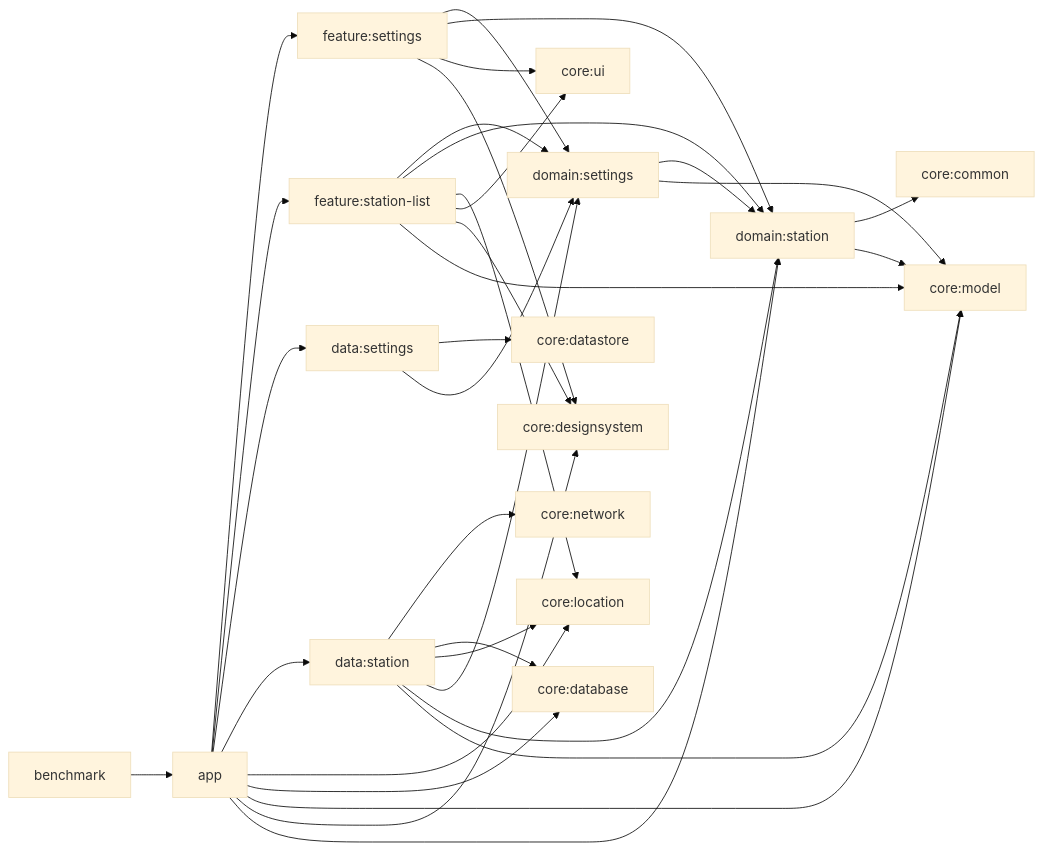
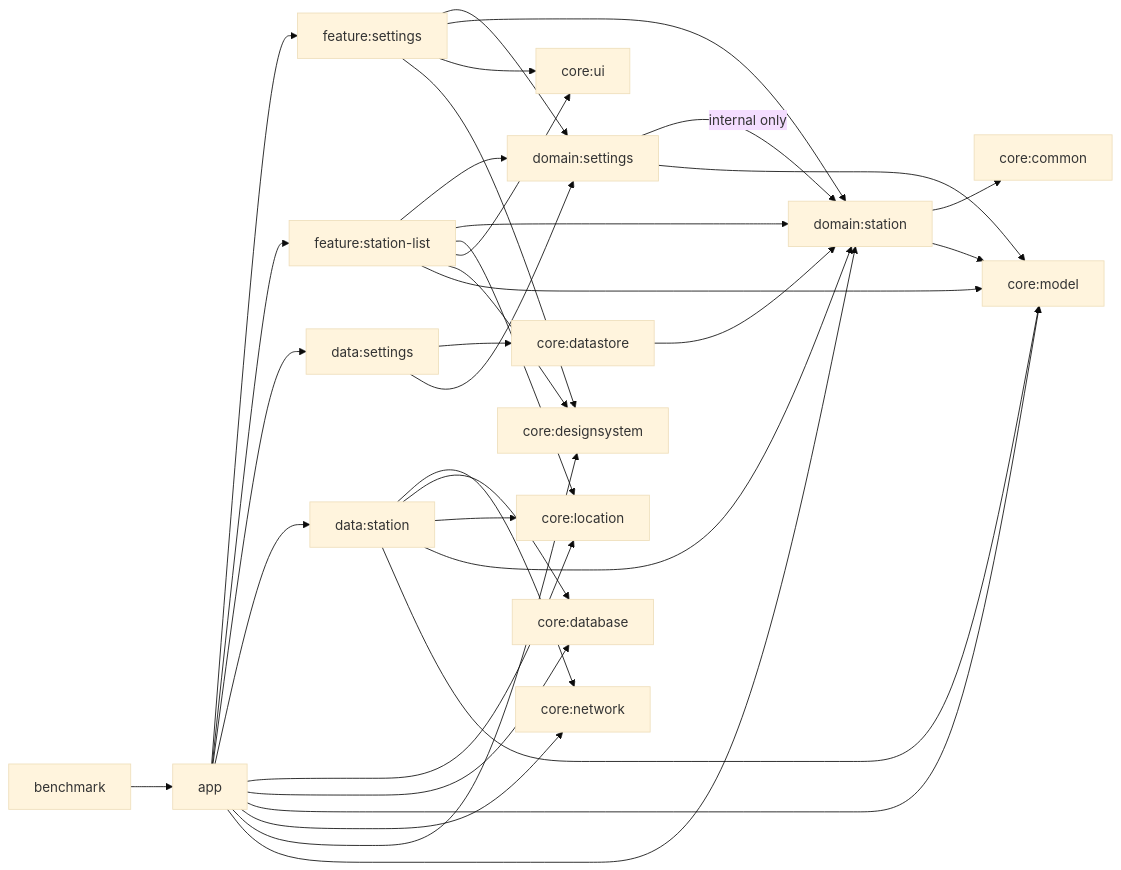
The diagram in docs/architecture.md (beyondwin/GasStation), drawn with Mermaid (base theme) before and after one commit. The commit also changed other lines of this file and 69 other files, not shown here.

Commit message:
refactor: complete multimodule rearchitecture

````diff
--- a/docs/architecture.md
+++ b/docs/architecture.md
@@ -5,41 +5,42 @@
 ```mermaid
 flowchart LR
     app["app"] --> fs["feature:settings"]
     app --> fl["feature:station-list"]
     app --> ds["data:settings"]
     app --> dst["data:station"]
     app --> cl["core:location"]
     app --> cd["core:database"]
     app --> cm["core:model"]
+    app --> cnetwork["core:network"]
     app --> design["core:designsystem"]
     app --> dstation["domain:station"]
 
     fs --> dsettings["domain:settings"]
     fs --> dstation
     fs --> cui["core:ui"]
     fs --> design
 
     fl --> dsettings
     fl --> dstation
     fl --> cl
     fl --> cui
     fl --> design
     fl --> cm
 
     ds --> datastore["core:datastore"]
     ds --> dsettings
+    datastore --> dstation
 
     dst --> cnetwork["core:network"]
     dst --> cd
     dst --> cl
-    dst --> dsettings
     dst --> dstation
     dst --> cm
 
-    dsettings --> dstation
+    dsettings -->|"internal only"| dstation
     dsettings --> cm
     dstation --> common["core:common"]
     dstation --> cm
 
     benchmark["benchmark"] --> app
 ```
````
